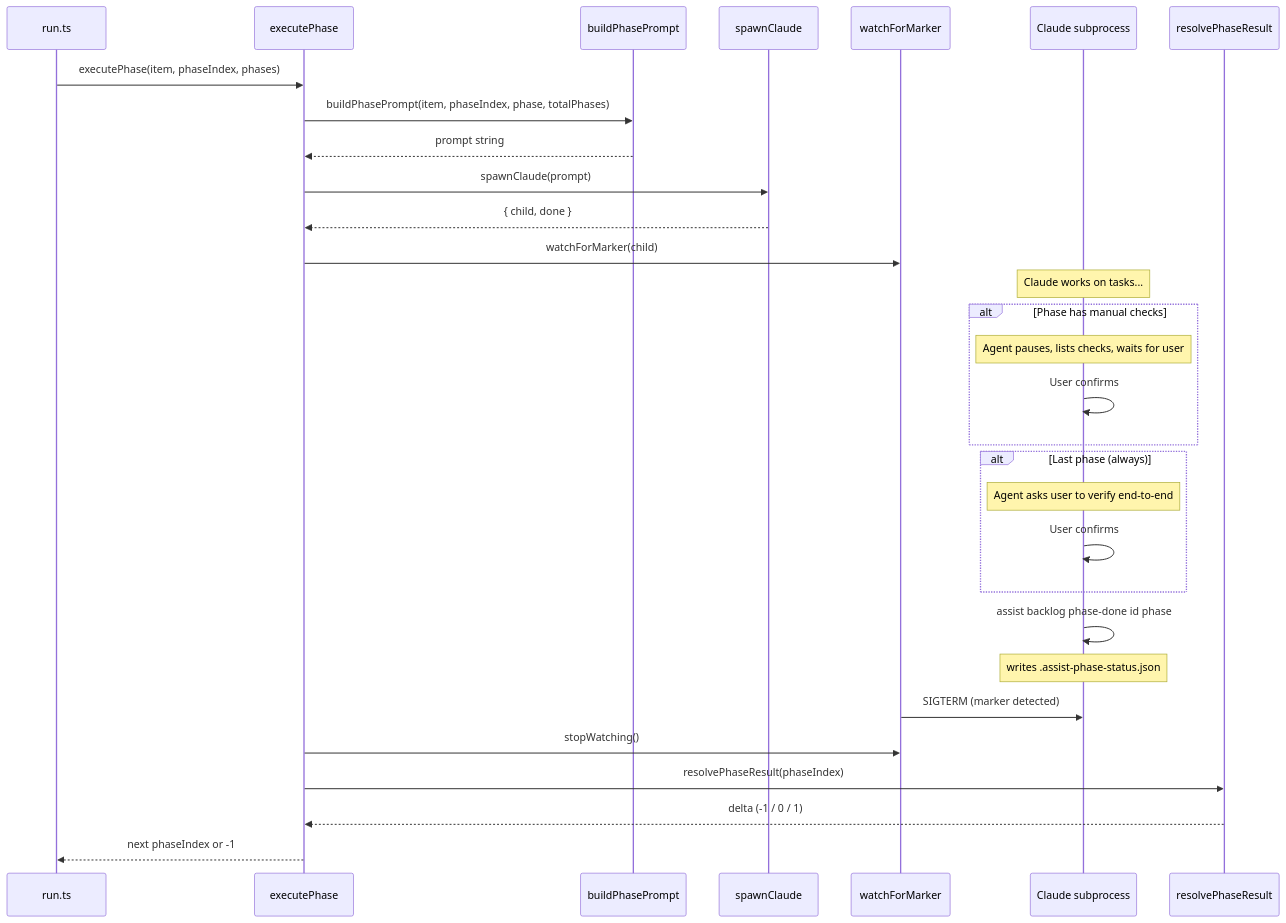
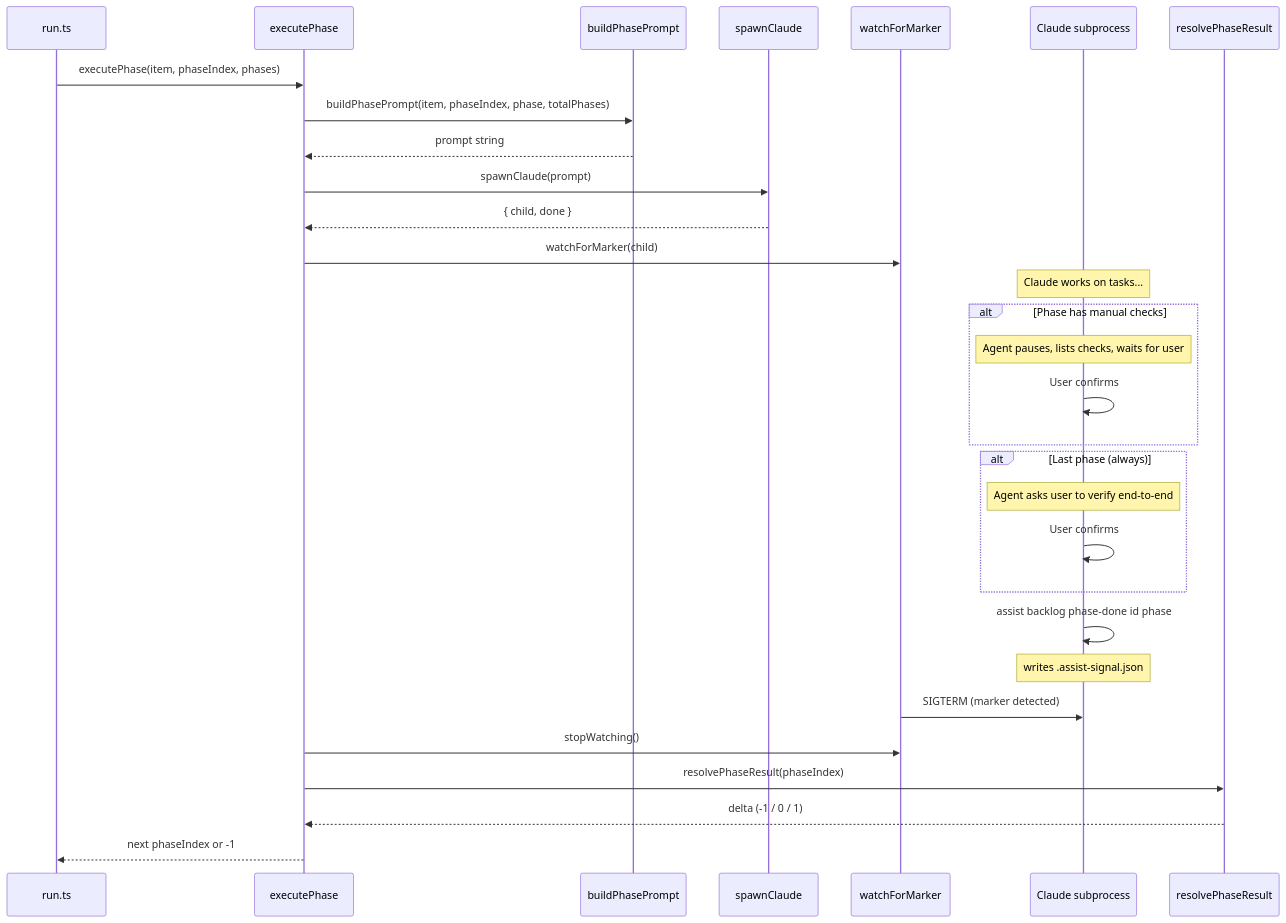
Before and after one commit to staff0rd/assist: the sixth of 8 diagrams in src/commands/backlog/README.md, drawn with Mermaid. The commit also changed other lines of this file and 15 other files, not shown here.

````diff
--- a/src/commands/backlog/README.md
+++ b/src/commands/backlog/README.md
@@ -157,35 +157,35 @@
 ```mermaid
 sequenceDiagram
     participant run as run.ts
     participant ep as executePhase
     participant bp as buildPhasePrompt
     participant sc as spawnClaude
     participant wm as watchForMarker
     participant claude as Claude subprocess
     participant rp as resolvePhaseResult
 
     run->>ep: executePhase(item, phaseIndex, phases)
     ep->>bp: buildPhasePrompt(item, phaseIndex, phase, totalPhases)
     bp-->>ep: prompt string
     ep->>sc: spawnClaude(prompt)
     sc-->>ep: { child, done }
     ep->>wm: watchForMarker(child)
 
     Note over claude: Claude works on tasks...
     alt Phase has manual checks
         Note over claude: Agent pauses, lists checks, waits for user
         claude->>claude: User confirms
     end
     alt Last phase (always)
         Note over claude: Agent asks user to verify end-to-end
         claude->>claude: User confirms
     end
     claude->>claude: assist backlog phase-done id phase
-    Note over claude: writes .assist-phase-status.json
+    Note over claude: writes .assist-signal.json
     wm->>claude: SIGTERM (marker detected)
 
     ep->>wm: stopWatching()
     ep->>rp: resolvePhaseResult(phaseIndex)
     rp-->>ep: delta (-1 / 0 / 1)
     ep-->>run: next phaseIndex or -1
 ```
````
